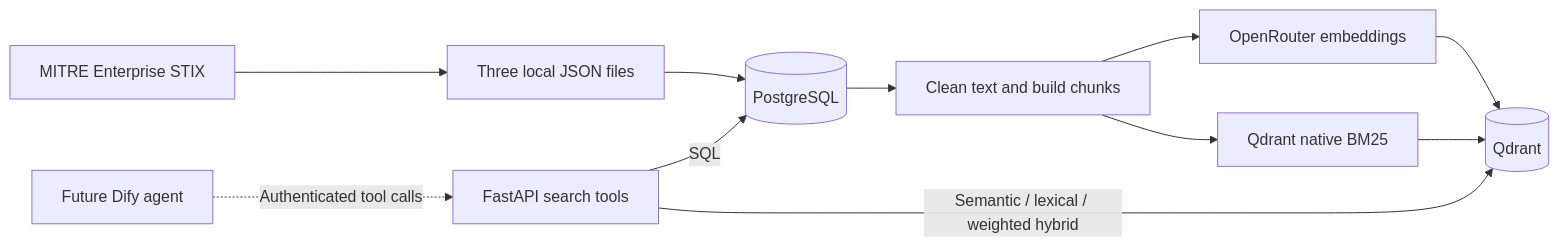
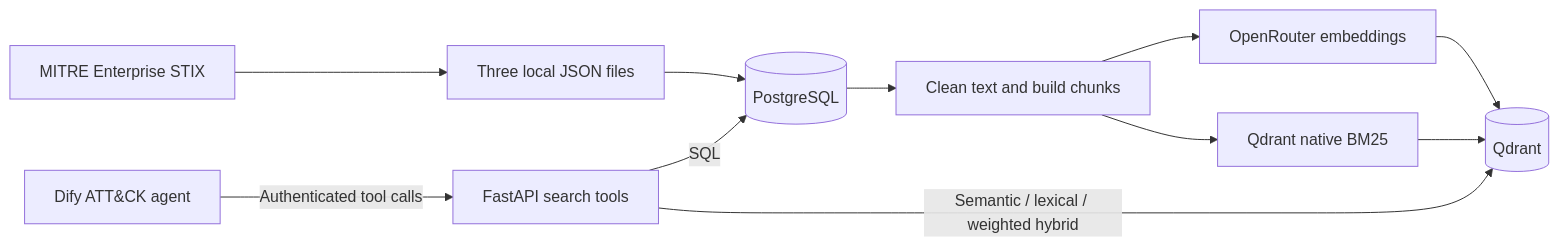
The diagram in README.md (BDanial/mitre_attack_chatbot), drawn with Mermaid before and after one commit. The commit also changed other lines of this file and 3 other files, not shown here.

````diff
--- a/README.md
+++ b/README.md
@@ -53,13 +55,13 @@
 ```mermaid
 flowchart LR
     MITRE[MITRE Enterprise STIX] --> JSON[Three local JSON files]
     JSON --> PG[(PostgreSQL)]
     PG --> DOCS[Clean text and build chunks]
     DOCS --> EMB[OpenRouter embeddings]
     DOCS --> BM25[Qdrant native BM25]
     EMB --> QD[(Qdrant)]
     BM25 --> QD
     API[FastAPI search tools] -->|SQL| PG
     API -->|Semantic / lexical / weighted hybrid| QD
-    DIFY[Future Dify agent] -.->|Authenticated tool calls| API
+    DIFY[Dify ATT&CK agent] -->|Authenticated tool calls| API
 ```
````
